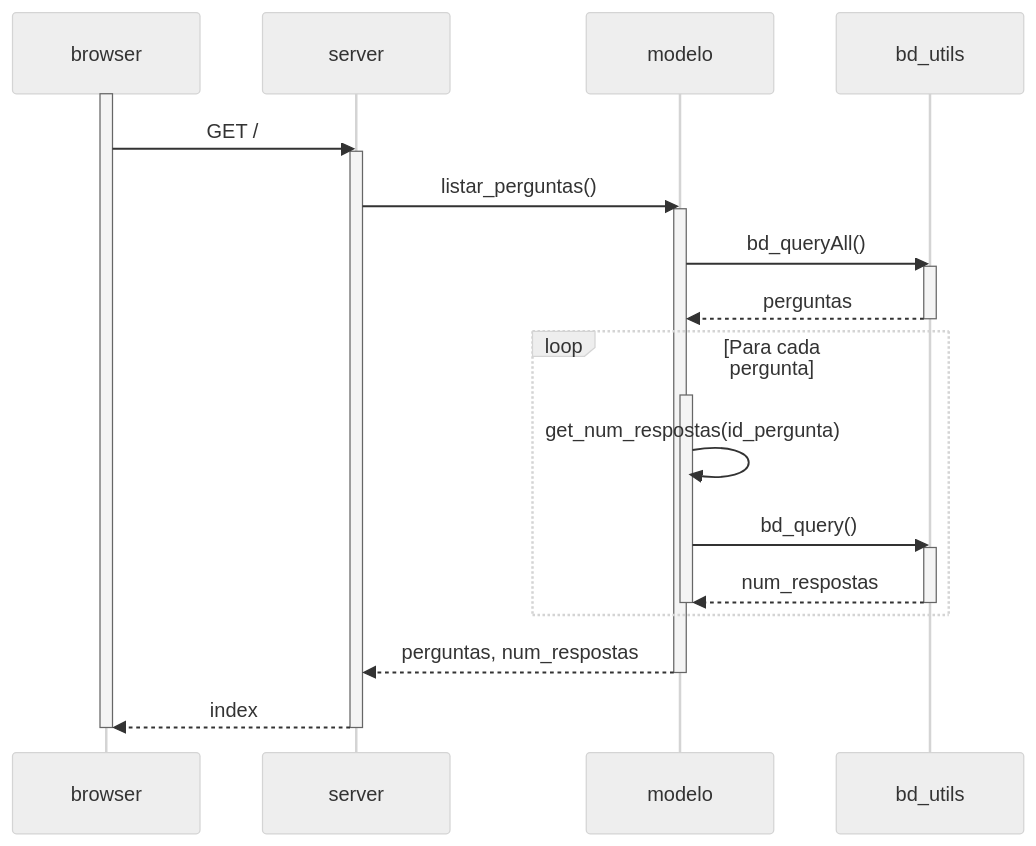
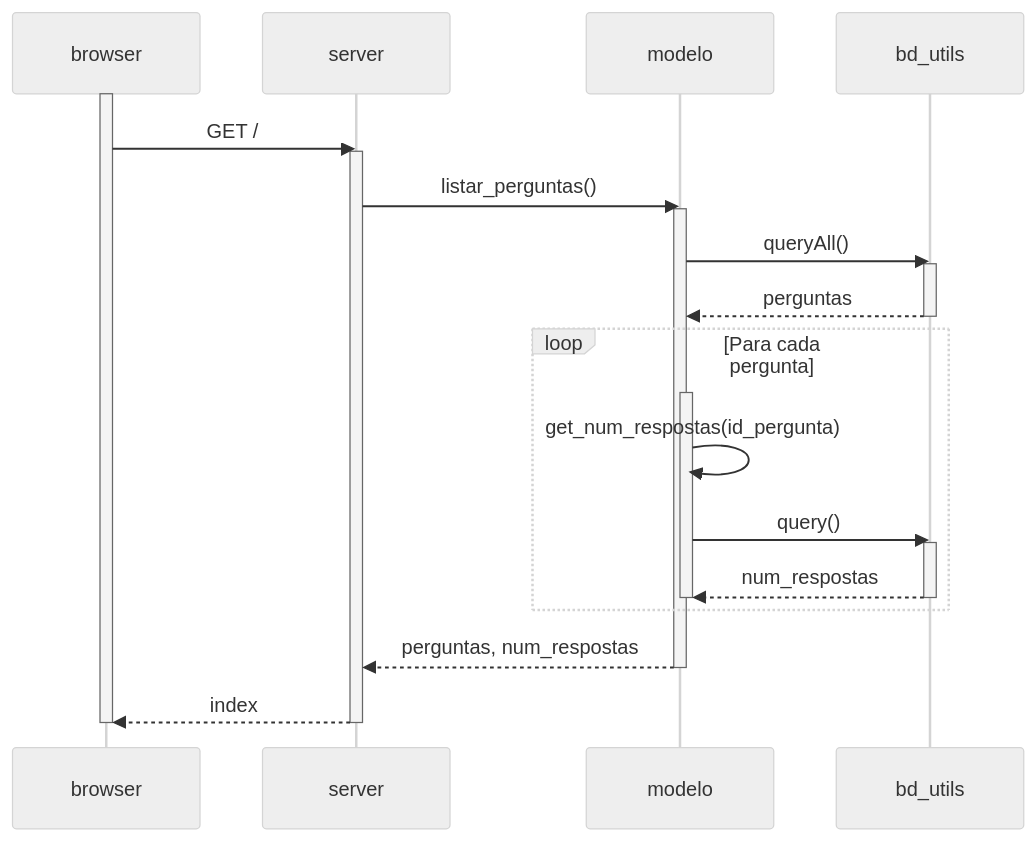
Before and after one commit to mtov/esmforum: the first of 4 diagrams in docs/uml.md, drawn with Mermaid (neutral theme). The commit also changed other lines of this file and 12 other files, not shown here.

````diff
--- a/docs/uml.md
+++ b/docs/uml.md
@@ -6,26 +8,26 @@
 ```mermaid
     sequenceDiagram
         activate browser
 	browser->>server: GET / 
         activate server
         server->>modelo: listar_perguntas()
         activate modelo
-        modelo->>bd_utils: bd_queryAll()
+        modelo->>bd_utils: queryAll()
         activate bd_utils
         bd_utils-->>modelo: perguntas
         deactivate bd_utils
 	loop Para cada pergunta
 	  activate modelo
 	  modelo->>modelo: get_num_respostas(id_pergunta)
-	  modelo->>bd_utils: bd_query()
+	  modelo->>bd_utils: query()
           activate bd_utils
           bd_utils-->>modelo: num_respostas
           deactivate bd_utils
 	  deactivate modelo
 	end  
         modelo-->>server: perguntas, num_respostas
         deactivate modelo
 	server-->>browser: index
 	deactivate server
 	deactivate browser
 ```	
````
